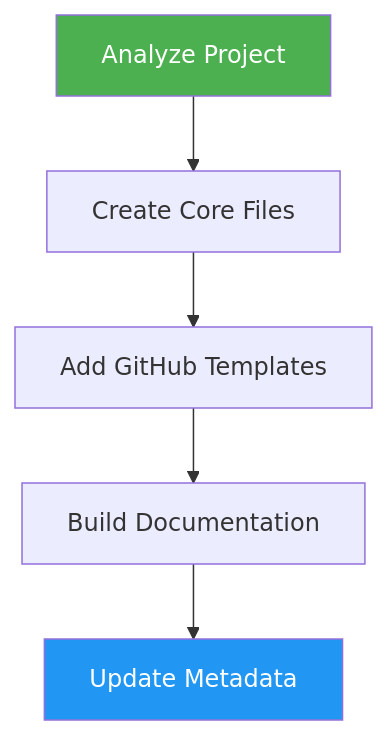
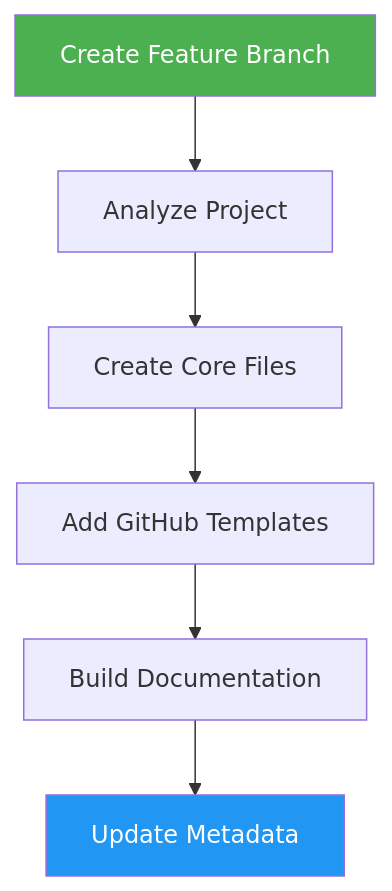
The diagram in skills/oss-ready/README.md (luongnv89/skills), drawn with Mermaid before and after one commit. The commit also changed 31 other files, not shown here.

````diff
--- a/skills/oss-ready/README.md
+++ b/skills/oss-ready/README.md
@@ -23,9 +23,10 @@
 ```mermaid
 graph TD
-    A["Analyze Project"] --> B["Create Core Files"]
+    F["Create Feature Branch"] --> A["Analyze Project"]
+    A --> B["Create Core Files"]
     B --> C["Add GitHub Templates"]
     C --> D["Build Documentation"]
     D --> E["Update Metadata"]
-    style A fill:#4CAF50,color:#fff
+    style F fill:#4CAF50,color:#fff
     style E fill:#2196F3,color:#fff
 ```
````
